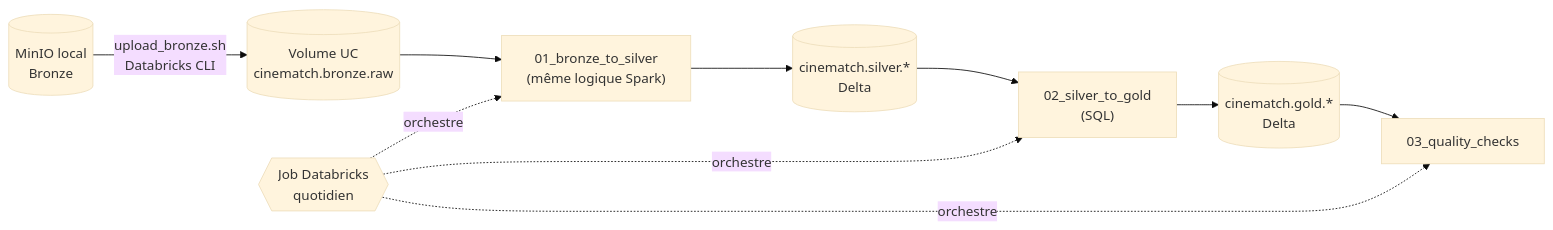
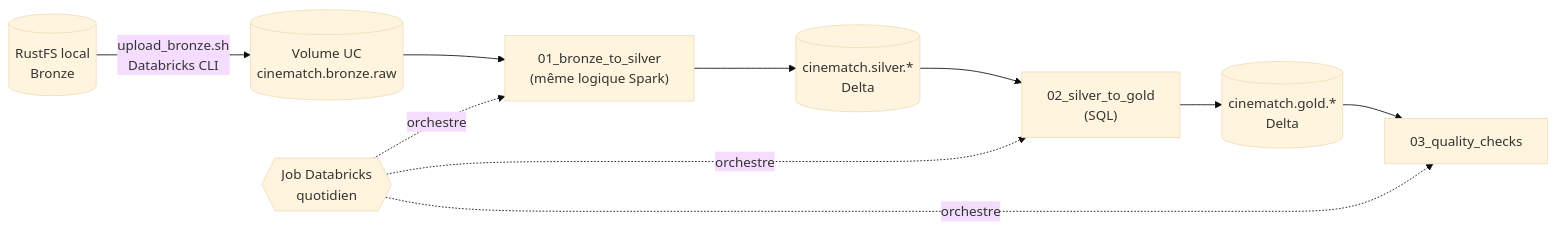
Before and after one commit to kawthar-khayet/CineMatch: the fourth of 4 diagrams in ARCHITECTURE.md, drawn with Mermaid (base theme). The commit also changed other lines of this file and 49 other files, not shown here.

````diff
--- a/ARCHITECTURE.md
+++ b/ARCHITECTURE.md
@@ -430,10 +433,10 @@
 ```mermaid
 flowchart LR
-    M[("MinIO local<br/>Bronze")] -->|upload_bronze.sh<br/>Databricks CLI| V[("Volume UC<br/>cinematch.bronze.raw")]
+    M[("RustFS local<br/>Bronze")] -->|upload_bronze.sh<br/>Databricks CLI| V[("Volume UC<br/>cinematch.bronze.raw")]
     V --> N1["01_bronze_to_silver<br/>(même logique Spark)"]
     N1 --> S[("cinematch.silver.*<br/>Delta")]
     S --> N2["02_silver_to_gold<br/>(SQL)"]
     N2 --> G[("cinematch.gold.*<br/>Delta")]
     G --> N3["03_quality_checks"]
     J{{"Job Databricks<br/>quotidien"}} -.orchestre.-> N1 & N2 & N3
 ```
````
